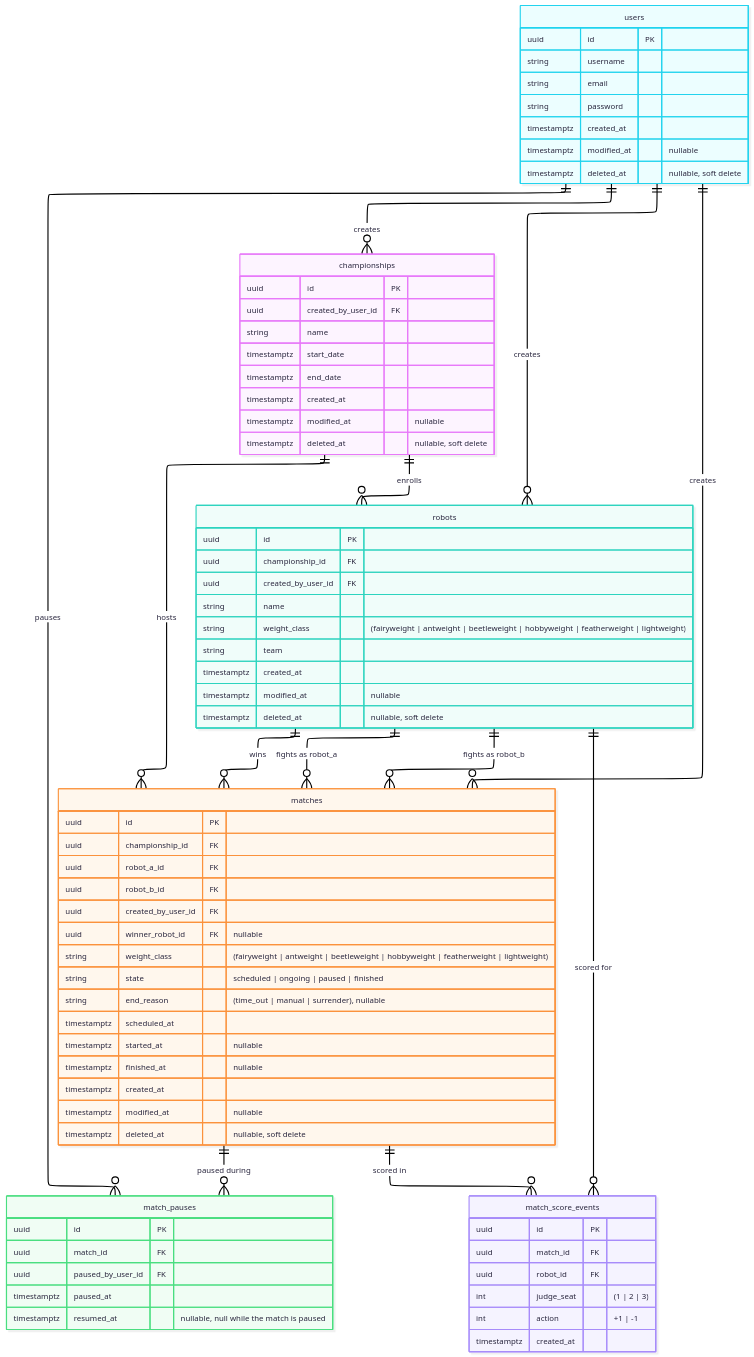
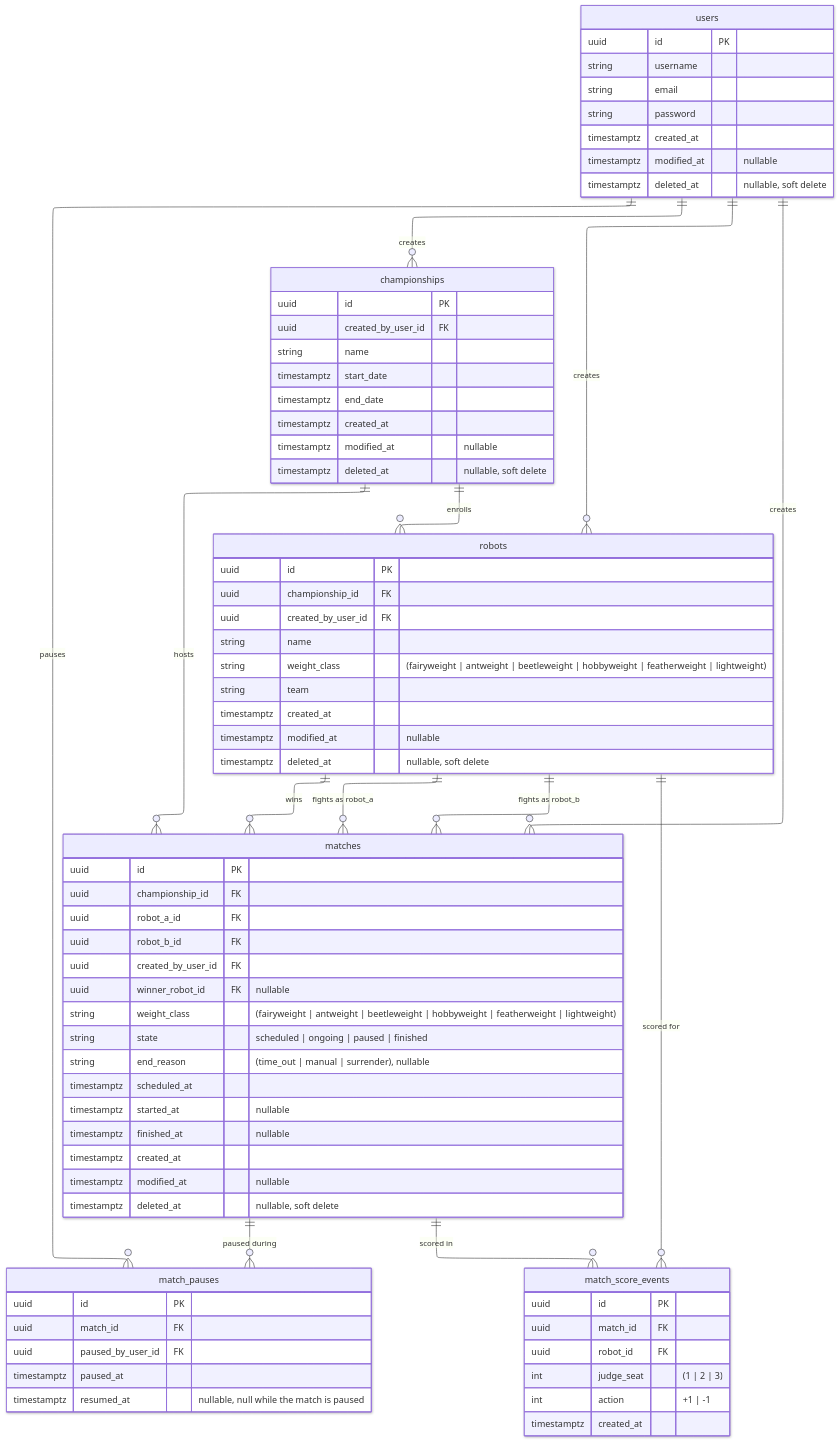
Before and after one commit to UTFPR-Oficinas-2/crossliseu: the diagram in docs/database-model.md, drawn with Mermaid.

Commit message:
docs: drop fixed theme from database diagram so it adapts to dark mode

````diff
--- a/docs/database-model.md
+++ b/docs/database-model.md
@@ -11,7 +11,6 @@
 ```mermaid
 ---
 config:
-  theme: redux-color
   look: neo
   layout: elk
 ---
````
